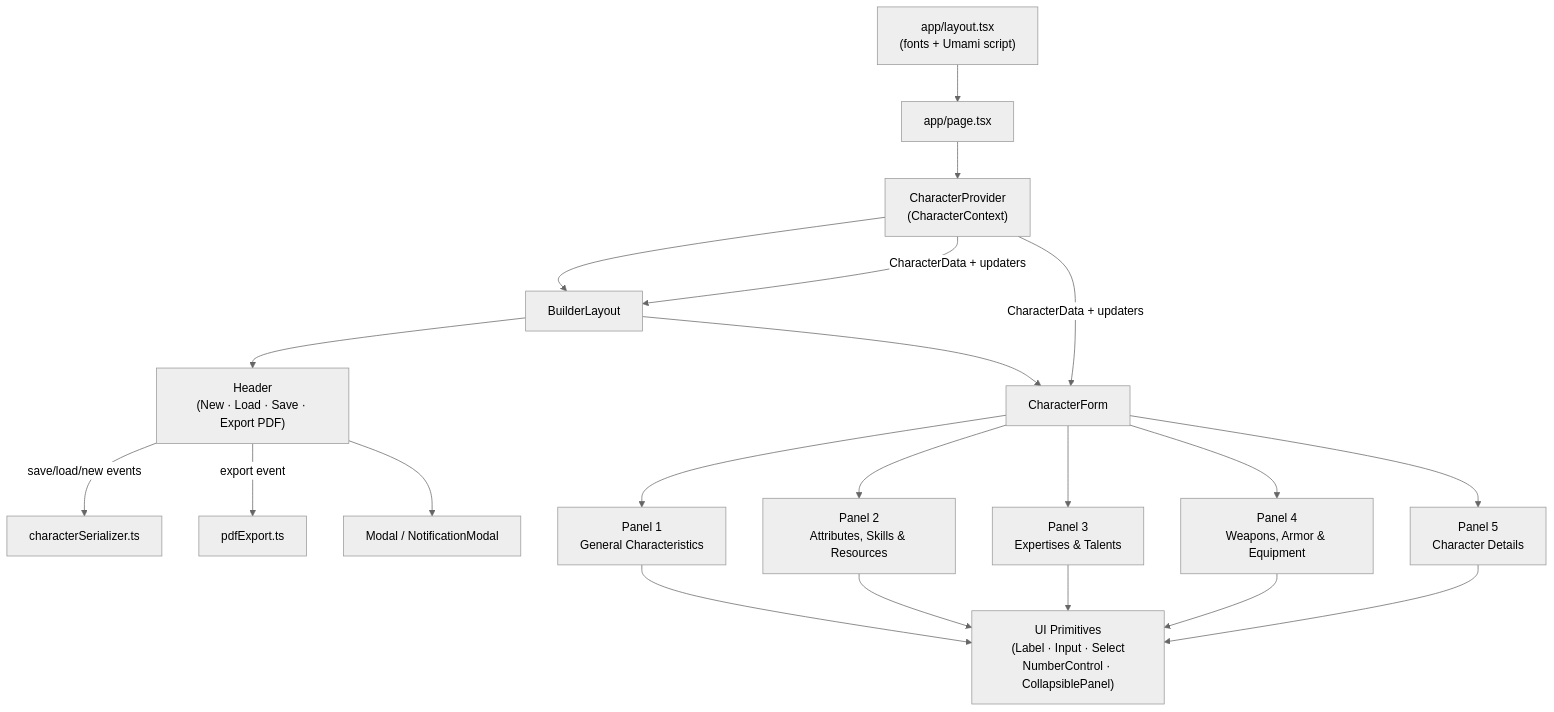
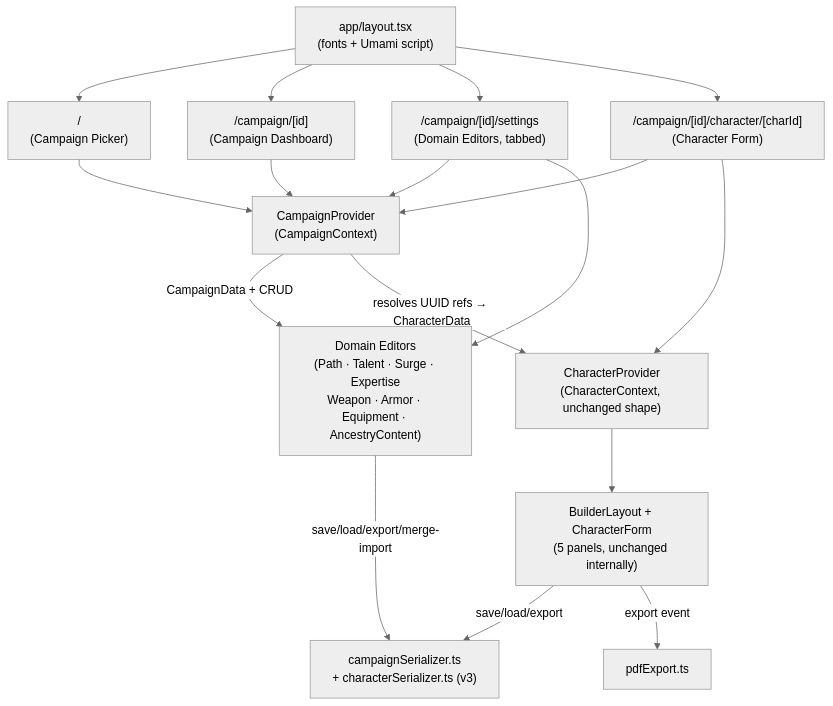
The second of 4 diagrams in docs/specs/architecture.md (deafol/cosmere-rpg-character-builder), drawn with Mermaid (neutral theme) before and after one commit. The commit also changed other lines of this file and 1 other file, not shown here.

First line of the commit message:
docs: approve campaign-based re-architecture plan and target diagrams

````diff
--- a/docs/specs/architecture.md
+++ b/docs/specs/architecture.md
@@ -55,35 +72,26 @@
 ```mermaid
 flowchart TD
     Layout["app/layout.tsx\n(fonts + Umami script)"]
-    Page["app/page.tsx"]
-    Provider["CharacterProvider\n(CharacterContext)"]
-    BL["BuilderLayout"]
-    Header["Header\n(New · Load · Save · Export PDF)"]
-    CF["CharacterForm"]
-    P1["Panel 1\nGeneral Characteristics"]
-    P2["Panel 2\nAttributes, Skills & Resources"]
-    P3["Panel 3\nExpertises & Talents"]
-    P4["Panel 4\nWeapons, Armor & Equipment"]
-    P5["Panel 5\nCharacter Details"]
-    UI["UI Primitives\n(Label · Input · Select\nNumberControl · CollapsiblePanel)"]
-    Modal["Modal / NotificationModal"]
+    R1["/ \n(Campaign Picker)"]
+    R2["/campaign/[id]\n(Campaign Dashboard)"]
+    R3["/campaign/[id]/settings\n(Domain Editors, tabbed)"]
+    R4["/campaign/[id]/character/[charId]\n(Character Form)"]
+    CProvider["CampaignProvider\n(CampaignContext)"]
+    ChProvider["CharacterProvider\n(CharacterContext, unchanged shape)"]
+    Editors["Domain Editors\n(Path · Talent · Surge · Expertise\nWeapon · Armor · Equipment · AncestryContent)"]
+    CharApp["BuilderLayout + CharacterForm\n(5 panels, unchanged internally)"]
     PDFUtil["pdfExport.ts"]
-    Serializer["characterSerializer.ts"]
+    Serializer["campaignSerializer.ts\n+ characterSerializer.ts (v3)"]
 
-    Layout --> Page
-    Page --> Provider
-    Provider --> BL
-    BL --> Header
-    BL --> CF
-    Header -->|"save/load/new events"| Serializer
-    Header -->|"export event"| PDFUtil
-    Header --> Modal
-    CF --> P1
-    CF --> P2
-    CF --> P3
-    CF --> P4
-    CF --> P5
-    P1 & P2 & P3 & P4 & P5 --> UI
-    Provider -->|"CharacterData + updaters"| BL
-    Provider -->|"CharacterData + updaters"| CF
+    Layout --> R1 & R2 & R3 & R4
+    R1 & R2 & R3 --> CProvider
+    R4 --> CProvider
+    R4 --> ChProvider
+    R3 --> Editors
+    ChProvider --> CharApp
+    CProvider -->|"CampaignData + CRUD"| Editors
+    CProvider -->|"resolves UUID refs → CharacterData"| ChProvider
+    CharApp -->|"save/load/export"| Serializer
+    CharApp -->|"export event"| PDFUtil
+    Editors -->|"save/load/export/merge-import"| Serializer
 ```
````
